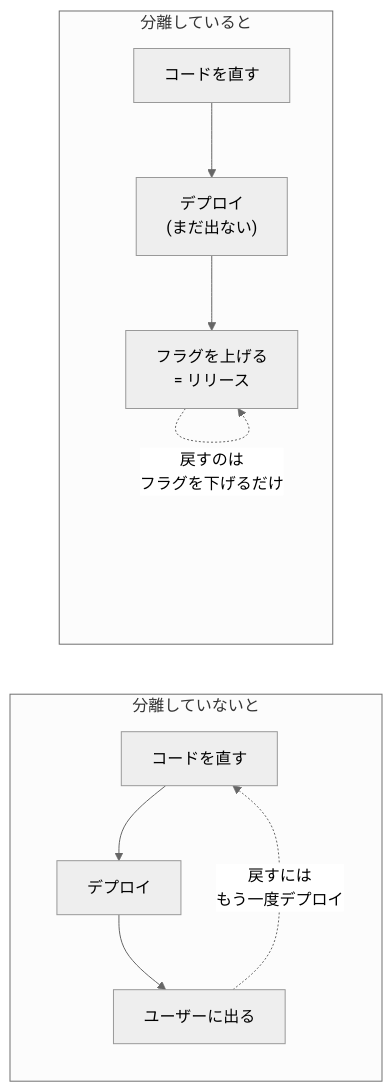
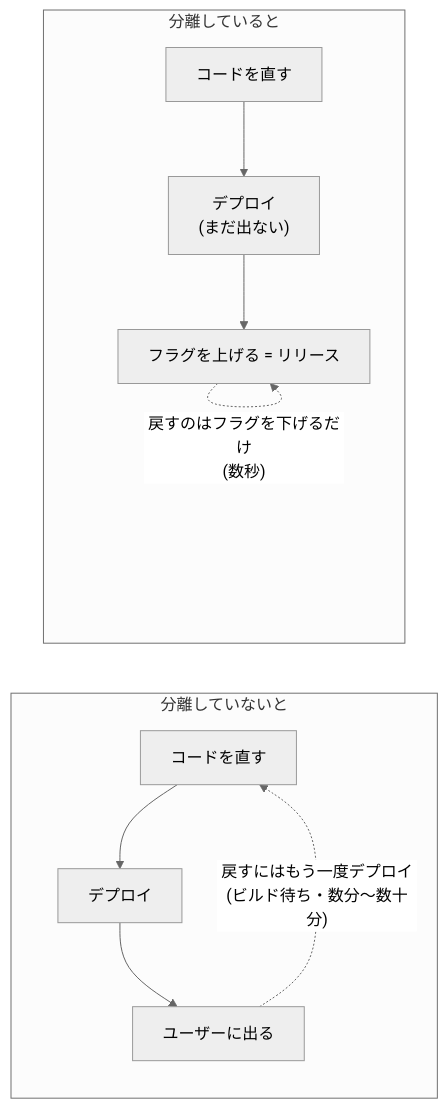
One commit to rikukaInoue/rikukadev changed the sixth of 14 diagrams in src/content/blog/online-migration-and-deploy-isolation.mdx. Above: the diagram before and after it, drawn with Mermaid (neutral theme). The commit also changed other lines of this file, not shown here.

````diff
--- a/src/content/blog/online-migration-and-deploy-isolation.mdx
+++ b/src/content/blog/online-migration-and-deploy-isolation.mdx
@@ -166,12 +257,12 @@
 ```mermaid
 graph LR
     subgraph before["分離していないと"]
         D1["コードを直す"] --> D2["デプロイ"] --> D3["ユーザーに出る"]
-        D3 -.->|"戻すには<br/>もう一度デプロイ"| D1
+        D3 -.->|"戻すにはもう一度デプロイ<br/>(ビルド待ち・数分〜数十分)"| D1
     end
     subgraph after["分離していると"]
         F1["コードを直す"] --> F2["デプロイ<br/>(まだ出ない)"]
-        F2 --> F3["フラグを上げる<br/>= リリース"]
-        F3 -.->|"戻すのは<br/>フラグを下げるだけ"| F3
+        F2 --> F3["フラグを上げる = リリース"]
+        F3 -.->|"戻すのはフラグを下げるだけ<br/>(数秒)"| F3
     end
 ```
````
